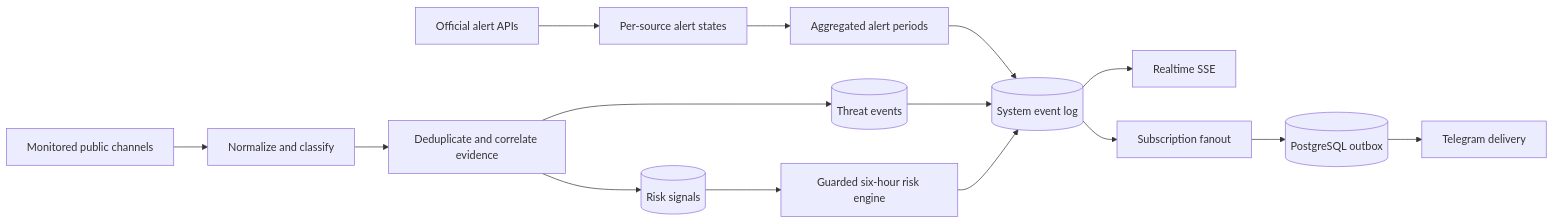
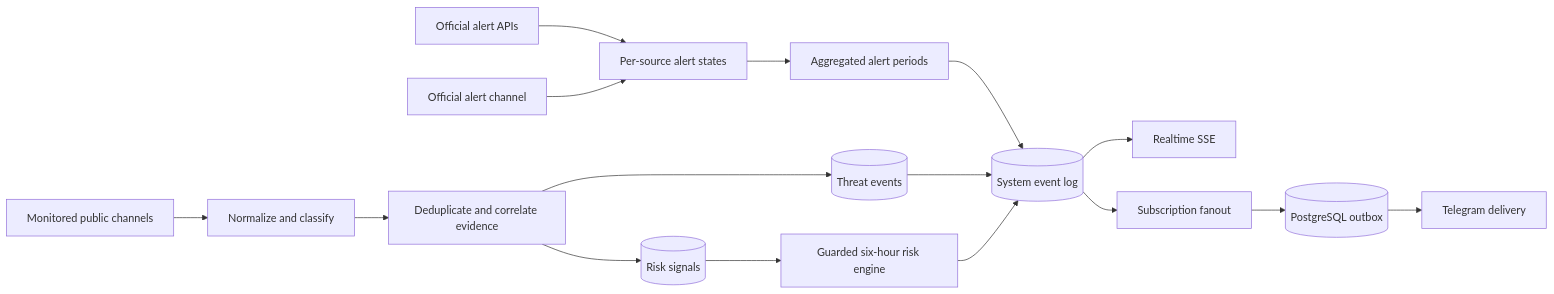
The first of 2 diagrams in docs/ARCHITECTURE.md (IvanSnezhok/threatlens-ua), drawn with Mermaid before and after one commit. The commit also changed other lines of this file and 25 other files, not shown here.

````diff
--- a/docs/ARCHITECTURE.md
+++ b/docs/ARCHITECTURE.md
@@ -65,17 +139,18 @@
 ```mermaid
 flowchart LR
   Official[Official alert APIs] --> AlertState[Per-source alert states]
+  AlertChannel[Official alert channel] --> AlertState
   AlertState --> Aggregate[Aggregated alert periods]
   Channels[Monitored public channels] --> Normalize[Normalize and classify]
   Normalize --> Evidence[Deduplicate and correlate evidence]
   Evidence --> Threats[(Threat events)]
   Evidence --> Signals[(Risk signals)]
   Signals --> Risk[Guarded six-hour risk engine]
   Aggregate --> Log[(System event log)]
   Threats --> Log
   Risk --> Log
   Log --> SSE[Realtime SSE]
   Log --> Fanout[Subscription fanout]
   Fanout --> Outbox[(PostgreSQL outbox)]
   Outbox --> Telegram[Telegram delivery]
 ```
````
